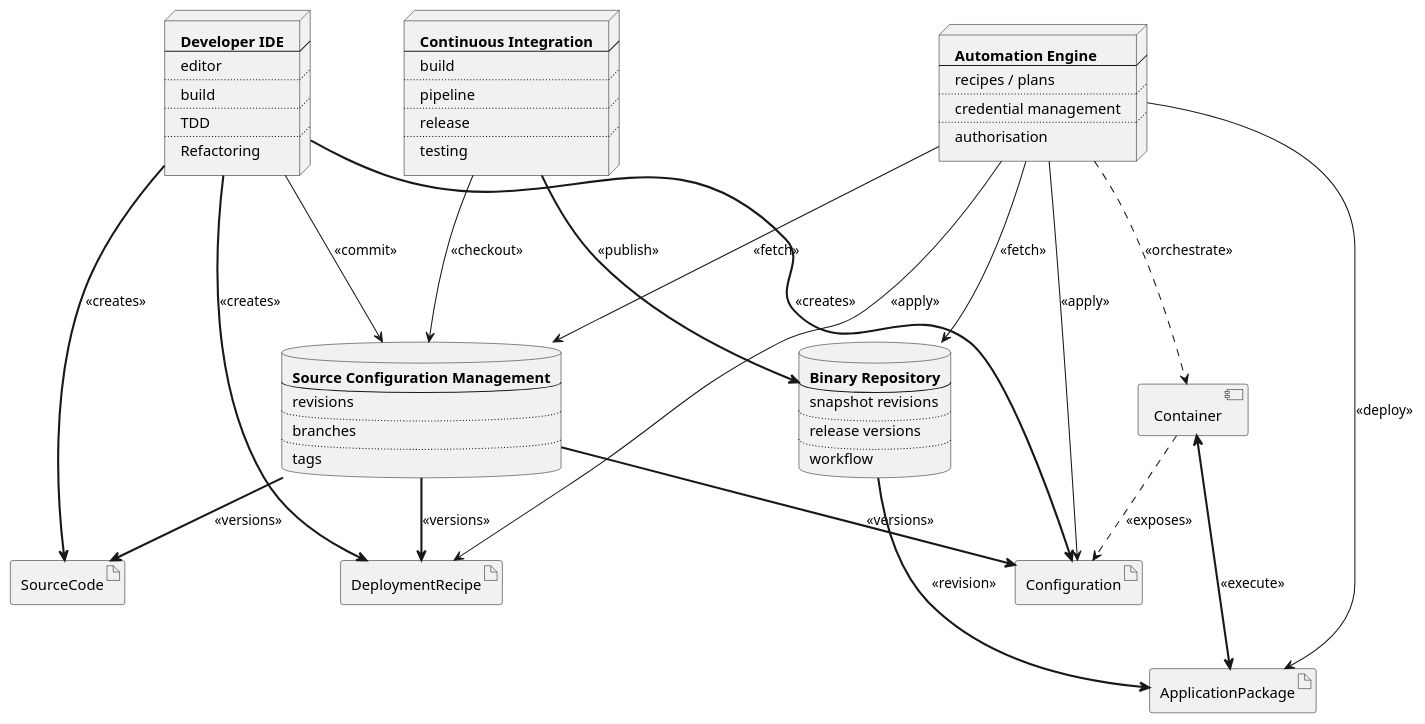
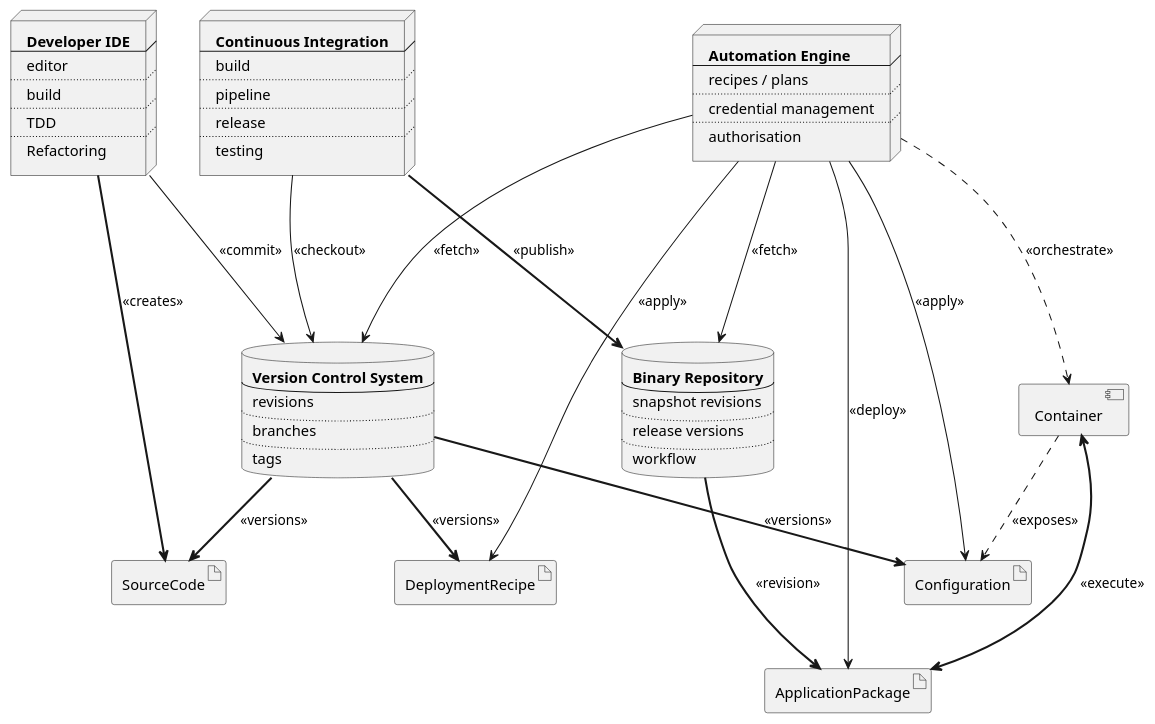
Before and after one commit to corneil/microservices-presentation: the diagram in src/main/docs/lifecycle-architecture.puml, drawn with PlantUML. The commit also changed 3 other files, not shown here.

```diff
--- a/src/main/docs/lifecycle-architecture.puml
+++ b/src/main/docs/lifecycle-architecture.puml
@@ -1,80 +1,78 @@
 @startuml
 
-database SourceConfigurationManagement [
-<b>Source Configuration Management
+database VersionControlSystem [
+<b>Version Control System
 ----
 revisions
 ....
 branches
 ....
 tags
 ]
 database BinaryRepository [
 <b>Binary Repository
 ----
 snapshot revisions
 ....
 release versions
 ....
 workflow
 ]
 
 node DeveloperIDE [
 <b>Developer IDE
 ----
 editor
 ....
 build
 ....
 TDD
 ....
 Refactoring
 ]
 
 node ContinuousIntegration [
 <b>Continuous Integration
 ----
 build
 ....
 pipeline
 ....
 release
 ....
 testing
 ]
 node AutomationEngine [
 <b>Automation Engine
 ----
 recipes / plans
 ....
 credential management
 ....
 authorisation
 ]
 
 [Container]
 
 artifact SourceCode
 artifact ApplicationPackage
 artifact Configuration
 artifact DeploymentRecipe
 DeveloperIDE ==> SourceCode: <<creates>>
-DeveloperIDE ==> DeploymentRecipe: <<creates>>
-DeveloperIDE ==> Configuration: <<creates>>
-DeveloperIDE ---> SourceConfigurationManagement: <<commit>>
-ContinuousIntegration ---> SourceConfigurationManagement: <<checkout>>
+DeveloperIDE ---> VersionControlSystem: <<commit>>
+ContinuousIntegration ---> VersionControlSystem: <<checkout>>
 ContinuousIntegration ===> BinaryRepository: <<publish>>
-SourceConfigurationManagement ==> SourceCode: <<versions>>
-SourceConfigurationManagement ==> DeploymentRecipe: <<versions>>
-SourceConfigurationManagement =down=> Configuration: <<versions>>
+VersionControlSystem ==> SourceCode: <<versions>>
+VersionControlSystem ==> DeploymentRecipe: <<versions>>
+VersionControlSystem =down=> Configuration: <<versions>>
 BinaryRepository ===> ApplicationPackage: <<revision>>
 AutomationEngine ...> Container: <<orchestrate>>
 AutomationEngine ---> BinaryRepository: <<fetch>>
-AutomationEngine ---> SourceConfigurationManagement: <<fetch>>
+AutomationEngine ---> VersionControlSystem: <<fetch>>
 AutomationEngine ---> DeploymentRecipe: <<apply>>
 AutomationEngine ---> Configuration: <<apply>>
 AutomationEngine ---> ApplicationPackage: <<deploy>>
 Container ..> Configuration: <<exposes>>
 Container <==> ApplicationPackage: <<execute>>
 
 @enduml
```
